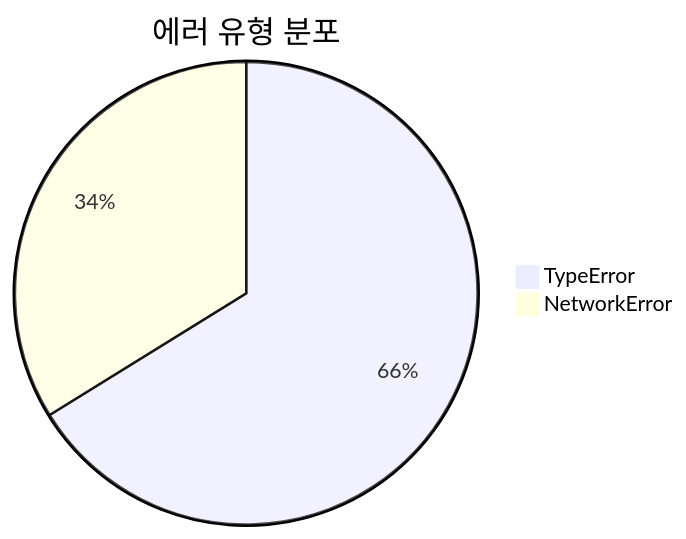
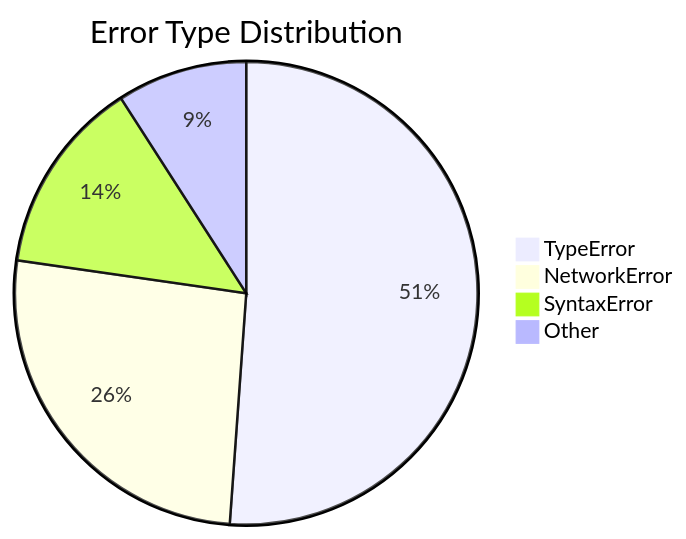
The diagram in CLAUDE.md (devload/whatapCli), drawn with Mermaid before and after one commit.

Commit message:
Fix Mermaid pie chart syntax error in CLAUDE.md
Replace Korean title with English to avoid Mermaid 11.x unicode
parsing errors and add more error type entries.

https://claude.ai/code/session_01K7WM6qbq1DPp7f3iiWk8CM

````diff
--- a/CLAUDE.md
+++ b/CLAUDE.md
@@ -60,5 +60,7 @@
 ```mermaid
-pie title 에러 유형 분포
+pie title Error Type Distribution
     "TypeError" : 45
     "NetworkError" : 23
+    "SyntaxError" : 12
+    "Other" : 8
 ```
````
